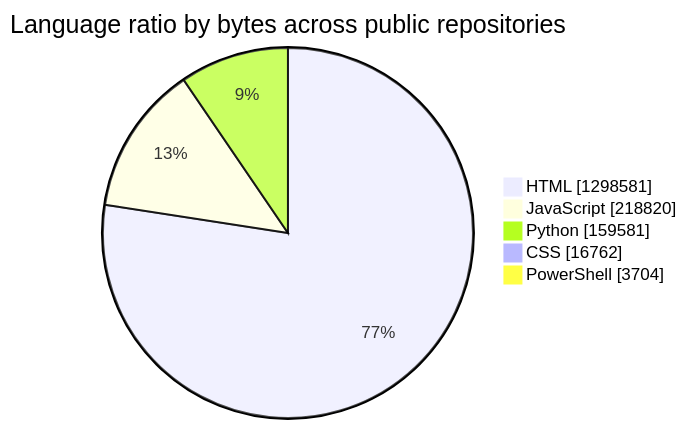
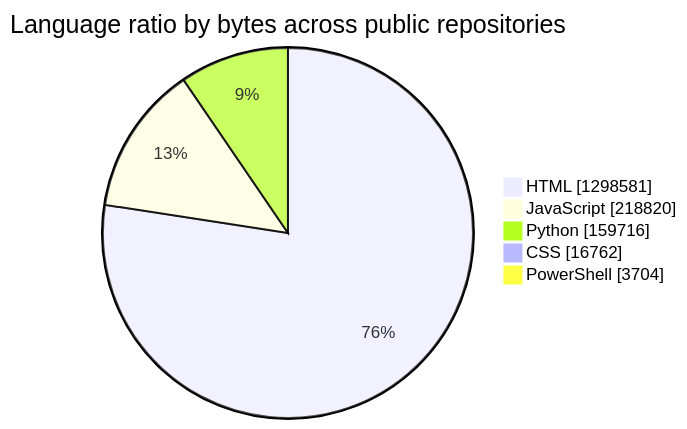
Before and after one commit to tchinso/tchinso: the first of 2 diagrams in README.md, drawn with Mermaid. The commit also changed other lines of this file, not shown here.

````diff
--- a/README.md
+++ b/README.md
@@ -21,9 +21,9 @@
 ```mermaid
 pie showData
     title Language ratio by bytes across public repositories
     "HTML" : 1298581
     "JavaScript" : 218820
-    "Python" : 159581
+    "Python" : 159716
     "CSS" : 16762
     "PowerShell" : 3704
 ```
````
